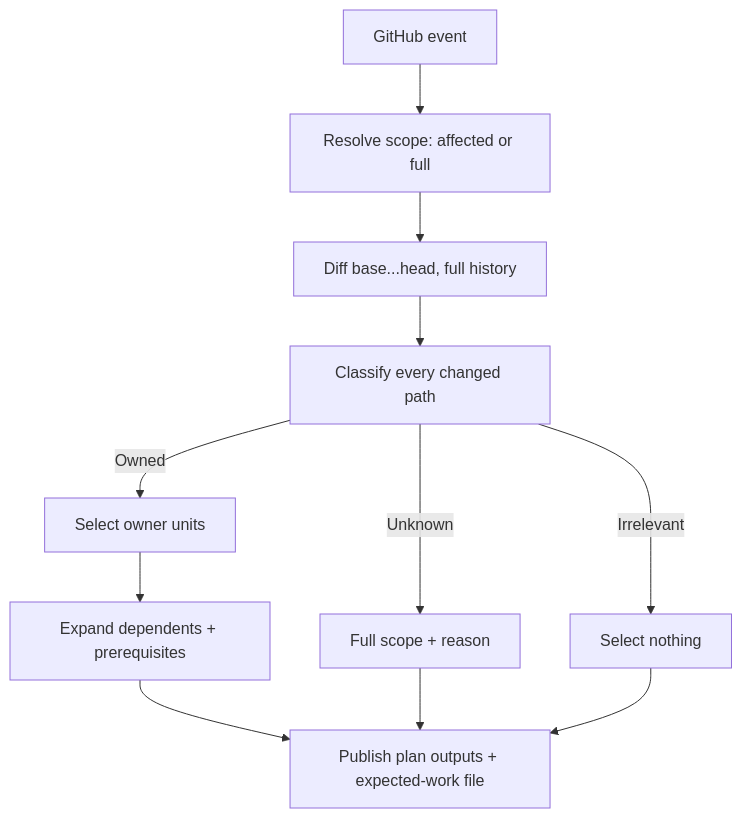
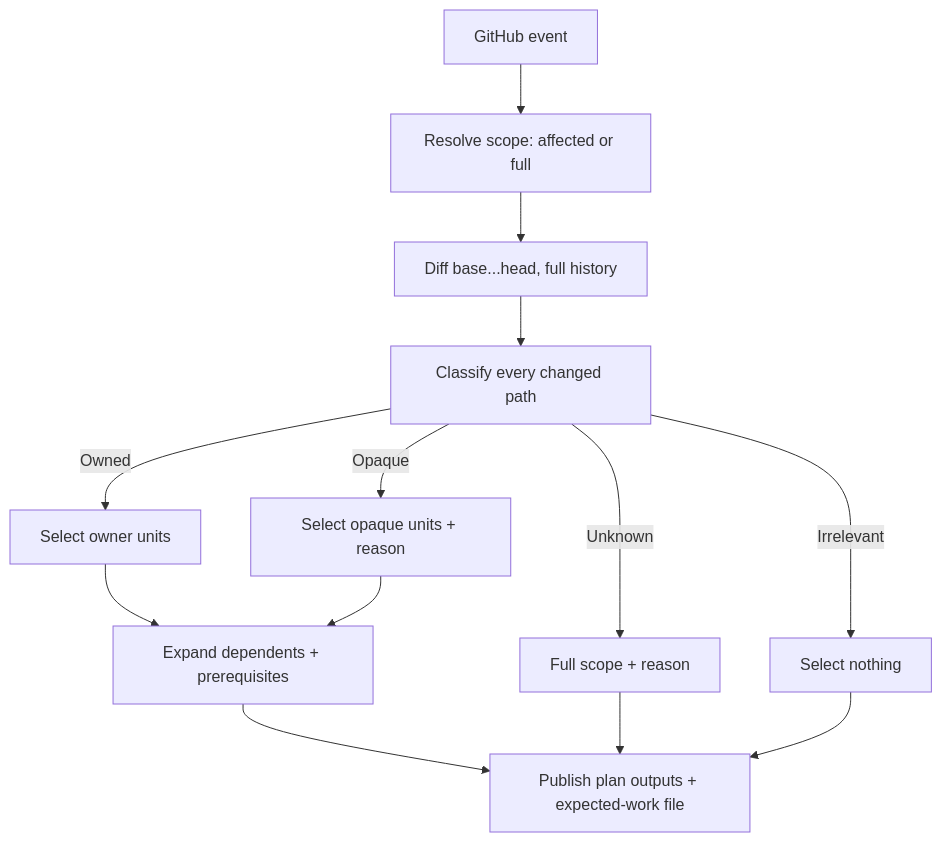
One commit to tailrocks/velnor changed the diagram in content/docs/concepts/change-aware-planning.mdx. Above: the diagram before and after it, drawn with Mermaid. The commit also changed other lines of this file and 1 other file, not shown here.

First line of the commit message:
docs(workflow): document opaque-narrowed fallback semantics

````diff
--- a/content/docs/concepts/change-aware-planning.mdx
+++ b/content/docs/concepts/change-aware-planning.mdx
@@ -28,13 +28,15 @@
 ```mermaid
 flowchart TD
     E[GitHub event] --> S[Resolve scope: affected or full]
     S --> D[Diff base...head, full history]
     D --> C[Classify every changed path]
     C -->|Owned| H[Select owner units]
     C -->|Irrelevant| N[Select nothing]
+    C -->|Opaque| O[Select opaque units + reason]
     C -->|Unknown| F[Full scope + reason]
     H --> X[Expand dependents + prerequisites]
+    O --> X
     X --> P[Publish plan outputs + expected-work file]
     F --> P
     N --> P
 ```
````
